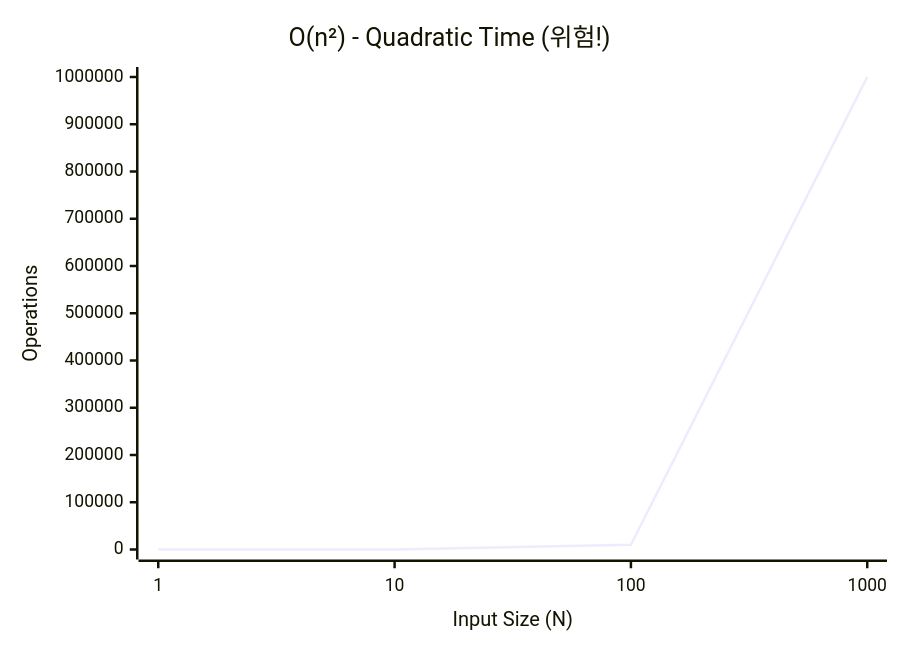
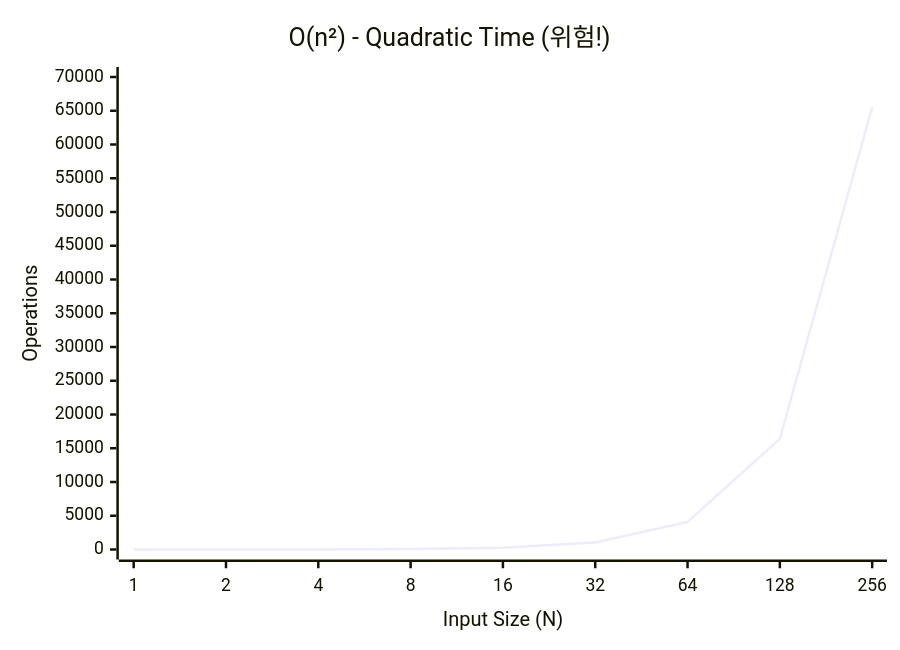
The fifth of 6 diagrams in 01_inbox/algorithm/algo-complexity-and-big-o.md (youngmin-gwon/what-i-studied), drawn with Mermaid before and after one commit. The commit also changed other lines of this file, not shown here.

````diff
--- a/01_inbox/algorithm/algo-complexity-and-big-o.md
+++ b/01_inbox/algorithm/algo-complexity-and-big-o.md
@@ -108,7 +108,7 @@
 ```mermaid
 xychart-beta
     title "O(n²) - Quadratic Time (위험!)"
-    x-axis "Input Size (N)" [1, 10, 100, 1000]
-    y-axis "Operations" 0 --> 1000000
-    line "O(n²)" [1, 100, 10000, 1000000]
+    x-axis "Input Size (N)" [1, 2, 4, 8, 16, 32, 64, 128, 256]
+    y-axis "Operations" 0 --> 70000
+    line "O(n²)" [1, 4, 16, 64, 256, 1024, 4096, 16384, 65536]
 ```
````
